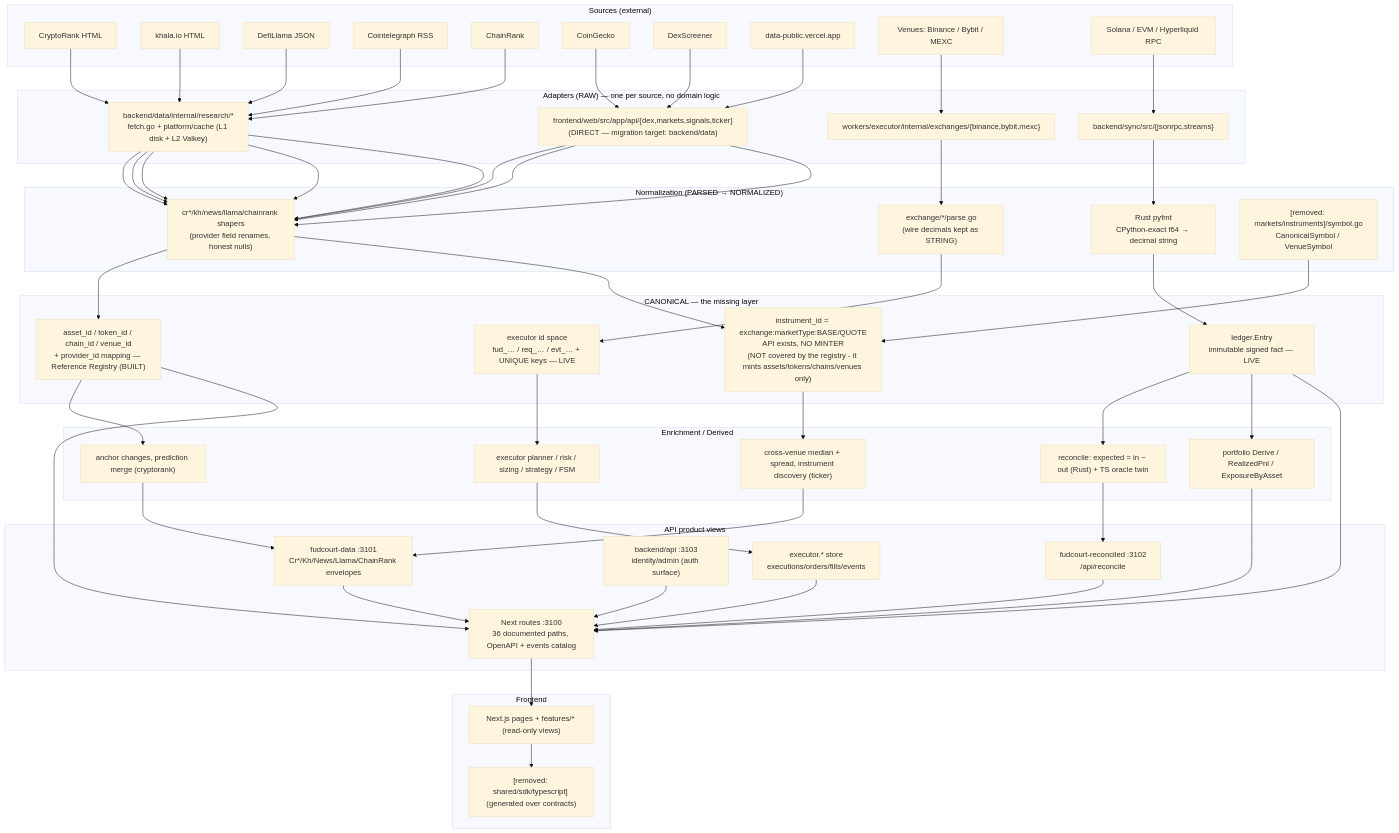
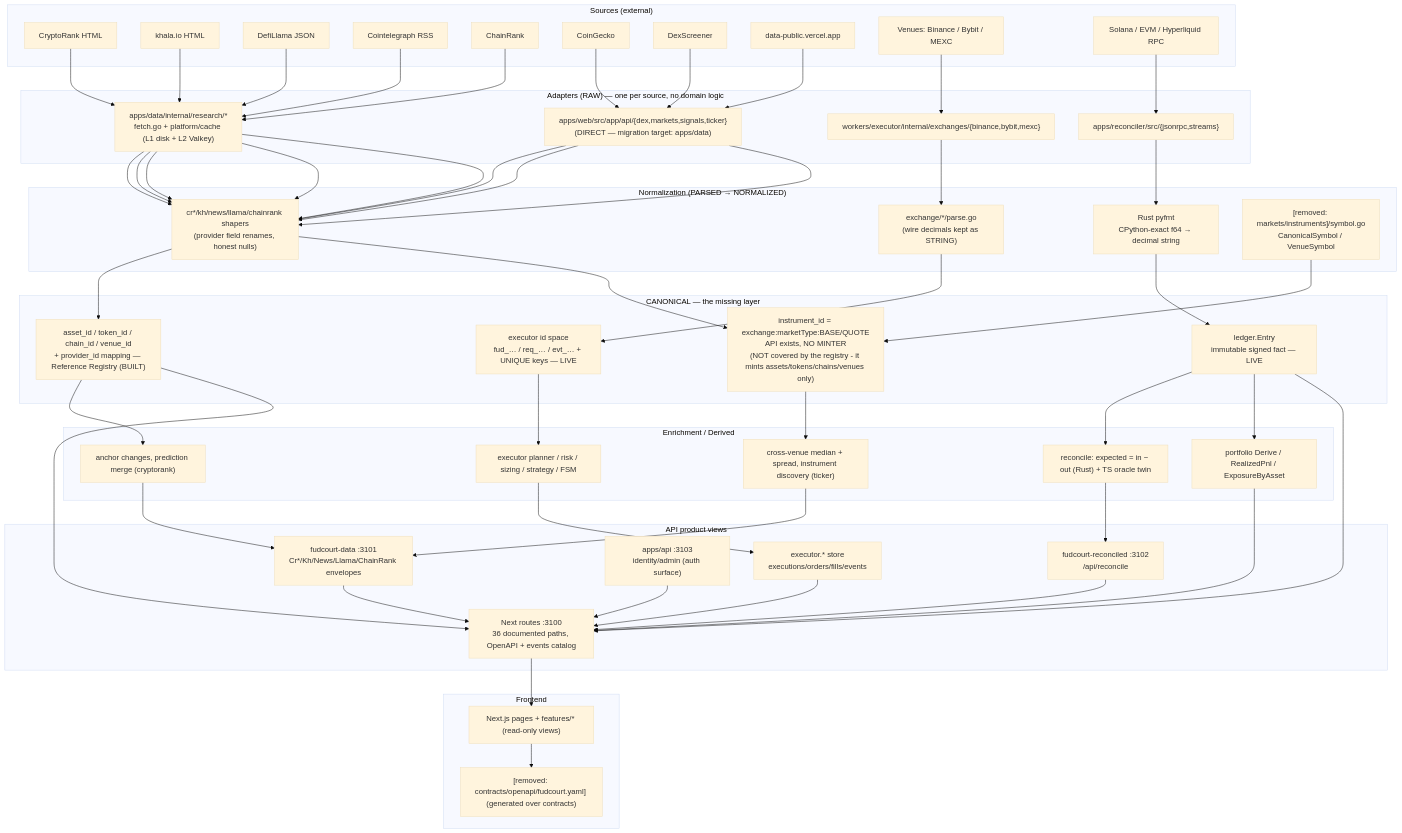
The diagram in docs/architecture/canonical-model.md (anvxxr-arch/fudcourt), drawn with Mermaid (base theme) before and after one commit. The commit also changed other lines of this file and 161 other files, not shown here.

```diff
--- a/docs/architecture/canonical-model.md
+++ b/docs/architecture/canonical-model.md
@@ -733,10 +733,10 @@
   end
 
   subgraph A["Adapters (RAW) — one per source, no domain logic"]
-    ADC1["backend/data/internal/research/*<br/>fetch.go + platform/cache (L1 disk + L2 Valkey)"]
-    ADC2["frontend/web/src/app/api/{dex,markets,signals,ticker}<br/>(DIRECT — migration target: backend/data)"]
+    ADC1["apps/data/internal/research/*<br/>fetch.go + platform/cache (L1 disk + L2 Valkey)"]
+    ADC2["apps/web/src/app/api/{dex,markets,signals,ticker}<br/>(DIRECT — migration target: apps/data)"]
     ADC3["workers/executor/internal/exchanges/{binance,bybit,mexc}"]
-    ADC4["backend/sync/src/{jsonrpc,streams}"]
+    ADC4["apps/reconciler/src/{jsonrpc,streams}"]
   end
 
   subgraph N["Normalization (PARSED → NORMALIZED)"]
@@ -764,14 +764,14 @@
   subgraph P["API product views"]
     P1["fudcourt-data :3101<br/>Cr*/Kh/News/Llama/ChainRank envelopes"]
     P2["fudcourt-reconciled :3102<br/>/api/reconcile"]
-    P3["backend/api :3103<br/>identity/admin (auth surface)"]
+    P3["apps/api :3103<br/>identity/admin (auth surface)"]
     P4["Next routes :3100<br/>36 documented paths, OpenAPI + events catalog"]
     P5["executor.* store<br/>executions/orders/fills/events"]
   end
 
   subgraph F["Frontend"]
     F1["Next.js pages + features/* (read-only views)"]
-    F2["[removed: shared/sdk/typescript] (generated over contracts)"]
+    F2["[removed: contracts/openapi/fudcourt.yaml] (generated over contracts)"]
   end
 
   CR --> ADC1 --> N1
```
